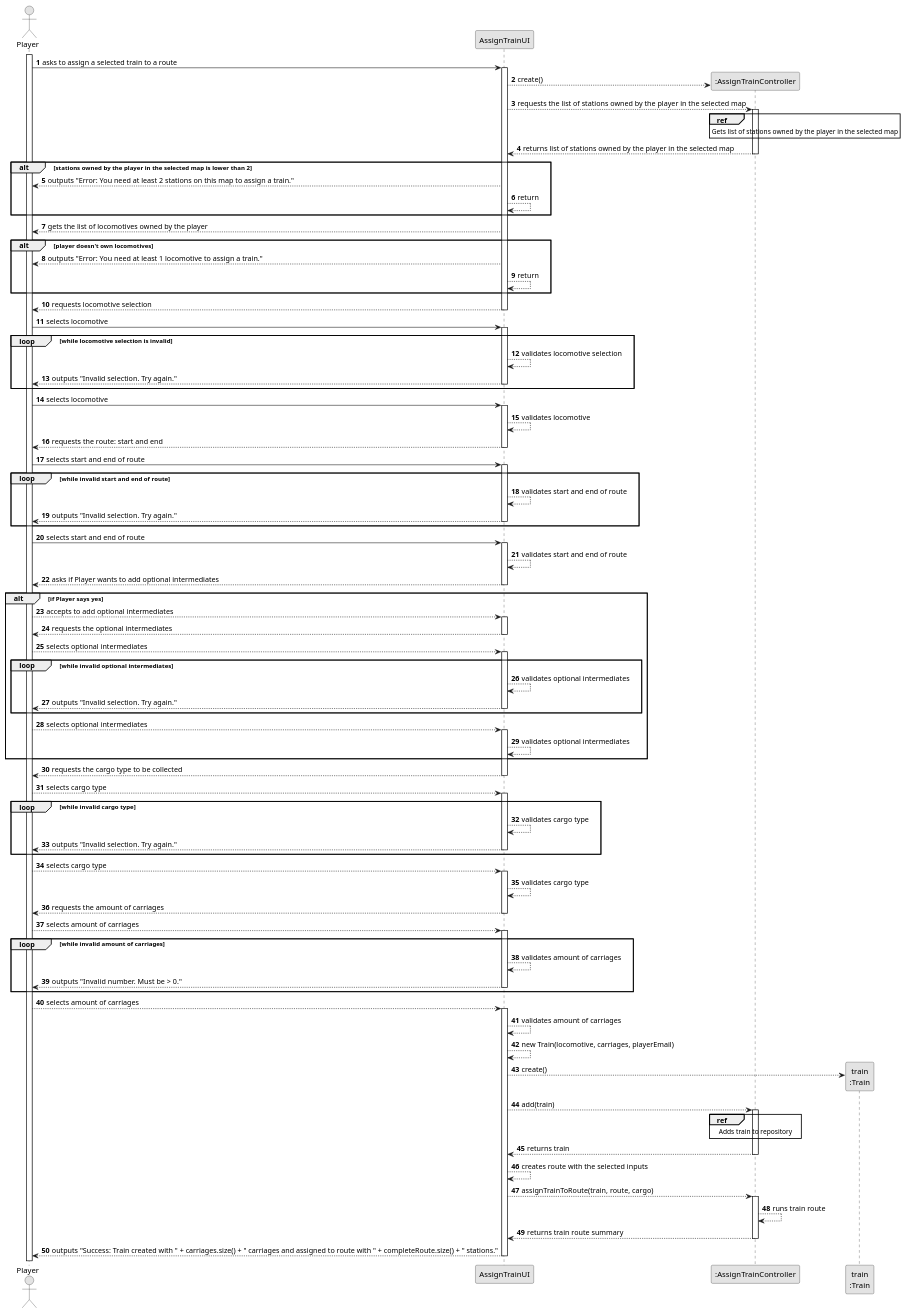
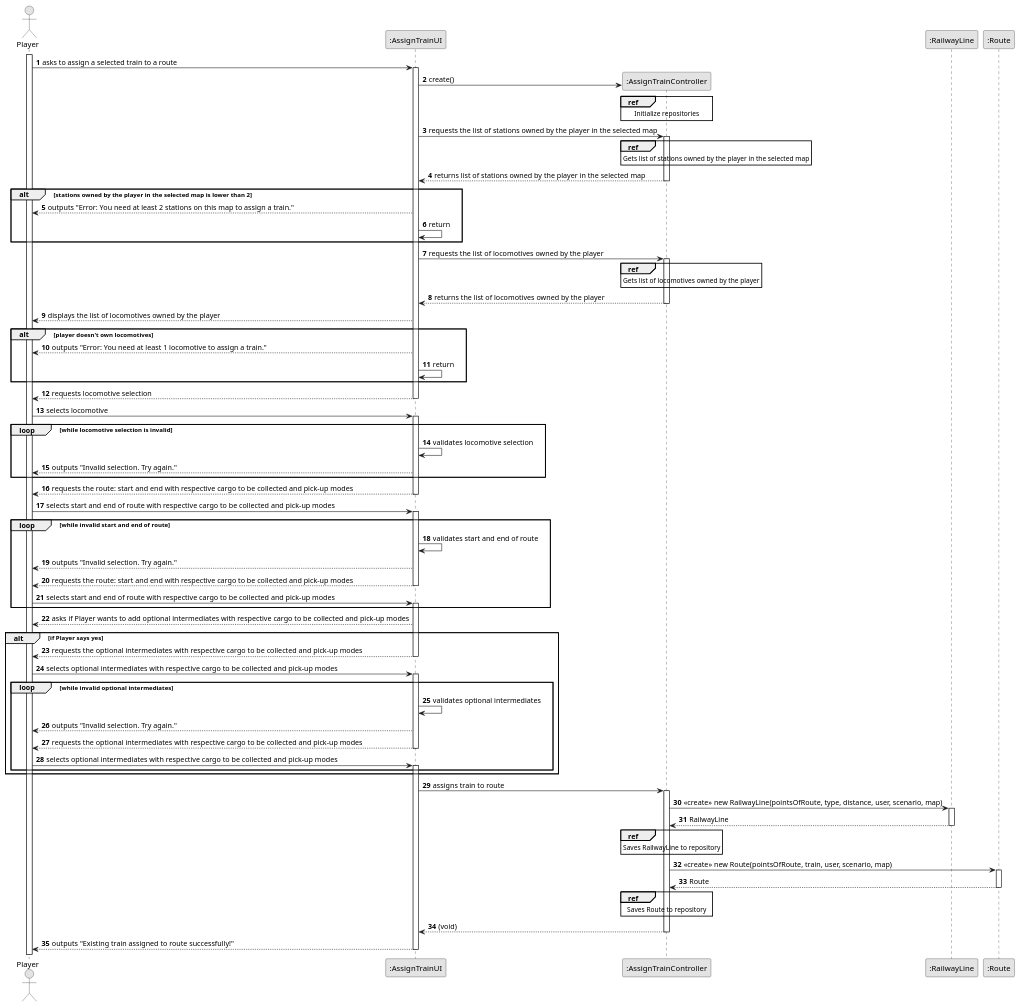
One commit to goncalolopesp/sem2-pi-24.25-g093-repo changed the diagram in docs/system-documentation/US010/03.design/puml/US010-SD-split.puml. Above: the diagram before and after it, drawn with PlantUML. The commit also changed 1 other file, not shown here.

Commit message:
US010 (docs) - Updated the split sequence diagram

```diff
--- a/docs/system-documentation/US010/03.design/puml/US010-SD-split.puml
+++ b/docs/system-documentation/US010/03.design/puml/US010-SD-split.puml
@@ -1,155 +1,137 @@
 @startuml
 skinparam monochrome true
 skinparam packageStyle rectangle
 skinparam shadowing false
 
 autonumber
 
 actor "Player" as Player
-participant "AssignTrainUI" as atui
+participant ":AssignTrainUI" as atui
 
 activate Player
 
 Player -> atui : asks to assign a selected train to a route
 activate atui
 
 create ":AssignTrainController" as atc
+participant ":RailwayLine" as rl
+participant ":Route" as route
 
-atui --> atc : create()
-atui --> atc : requests the list of stations owned by the player in the selected map
+atui -> atc : create()
+
+ref over atc
+    Initialize repositories
+end ref
+
+
+atui -> atc : requests the list of stations owned by the player in the selected map
 activate atc
 
 ref over atc
     Gets list of stations owned by the player in the selected map
 end ref
 
 atc --> atui : returns list of stations owned by the player in the selected map
 deactivate atc
 
 alt stations owned by the player in the selected map is lower than 2
     atui --> Player : outputs "Error: You need at least 2 stations on this map to assign a train."
-    atui --> atui : return
+    atui -> atui : return
 end
 
-atui --> Player : gets the list of locomotives owned by the player
+atui -> atc : requests the list of locomotives owned by the player
+activate atc
+
+ref over atc
+    Gets list of locomotives owned by the player
+end ref
+
+atc --> atui : returns the list of locomotives owned by the player
+deactivate atc
+
+atui --> Player : displays the list of locomotives owned by the player
 
 alt player doesn't own locomotives
     atui --> Player : outputs "Error: You need at least 1 locomotive to assign a train."
-    atui --> atui : return
+    atui -> atui : return
 end
 
 atui --> Player : requests locomotive selection
 deactivate atui
 
 Player -> atui : selects locomotive
 activate atui
 
 loop while locomotive selection is invalid
-    atui --> atui : validates locomotive selection
+    atui -> atui : validates locomotive selection
     atui --> Player : outputs "Invalid selection. Try again."
-    deactivate atui
 end
 
-Player -> atui : selects locomotive
-activate atui
-
-atui --> atui : validates locomotive
-atui --> Player : requests the route: start and end
+atui --> Player : requests the route: start and end with respective cargo to be collected and pick-up modes
 deactivate atui
 
-Player -> atui : selects start and end of route
+Player -> atui : selects start and end of route with respective cargo to be collected and pick-up modes
 activate atui
 
 loop while invalid start and end of route
-    atui --> atui : validates start and end of route
+    atui -> atui : validates start and end of route
     atui --> Player : outputs "Invalid selection. Try again."
+    atui --> Player : requests the route: start and end with respective cargo to be collected and pick-up modes
     deactivate atui
+
+    Player -> atui : selects start and end of route with respective cargo to be collected and pick-up modes
+    activate atui
 end
 
-Player -> atui : selects start and end of route
-activate atui
-
-atui --> atui : validates start and end of route
-atui --> Player : asks if Player wants to add optional intermediates
-deactivate atui
+atui --> Player : asks if Player wants to add optional intermediates with respective cargo to be collected and pick-up modes
 
 alt if Player says yes
-    Player --> atui : accepts to add optional intermediates
-    activate atui
 
-    atui --> Player : requests the optional intermediates
+    atui --> Player : requests the optional intermediates with respective cargo to be collected and pick-up modes
     deactivate atui
 
-    Player --> atui : selects optional intermediates
+    Player -> atui : selects optional intermediates with respective cargo to be collected and pick-up modes
     activate atui
 
     loop while invalid optional intermediates
-        atui --> atui : validates optional intermediates
+        atui -> atui : validates optional intermediates
         atui --> Player : outputs "Invalid selection. Try again."
+        atui --> Player : requests the optional intermediates with respective cargo to be collected and pick-up modes
         deactivate atui
+
+        Player -> atui : selects optional intermediates with respective cargo to be collected and pick-up modes
+        activate atui
     end
-
-    Player --> atui : selects optional intermediates
-    activate atui
-
-    atui --> atui : validates optional intermediates
 end
 
-atui --> Player : requests the cargo type to be collected
-deactivate atui
-
-Player --> atui : selects cargo type
-activate atui
-
-loop while invalid cargo type
-    atui --> atui : validates cargo type
-    atui --> Player : outputs "Invalid selection. Try again."
-    deactivate atui
-end
-
-Player --> atui : selects cargo type
-activate atui
-
-atui --> atui : validates cargo type
-atui --> Player : requests the amount of carriages
-deactivate atui
-
-Player --> atui : selects amount of carriages
-activate atui
-
-loop while invalid amount of carriages
-    atui --> atui : validates amount of carriages
-    atui --> Player : outputs "Invalid number. Must be > 0."
-    deactivate atui
-end
-
-Player --> atui : selects amount of carriages
-activate atui
-
-atui --> atui : validates amount of carriages
-atui --> atui : new Train(locomotive, carriages, playerEmail)
-
-create "train\n:Train" as train
-
-atui --> train : create()
-atui --> atc : add(train)
+atui -> atc : assigns train to route
 activate atc
 
+create ":RailwayLine" as rl
+atc -> rl : <<create>> new RailwayLine(pointsOfRoute, type, distance, user, scenario, map)
+activate rl
+
+rl --> atc : RailwayLine
+deactivate rl
+
 ref over atc
-    Adds train to repository
+    Saves RailwayLine to repository
 end ref
 
-atc --> atui : returns train
+create ":Route" as route
+atc -> route : <<create>> new Route(pointsOfRoute, train, user, scenario, map)
+activate route
+
+route --> atc : Route
+deactivate route
+
+ref over atc
+    Saves Route to repository
+end ref
+
+atc --> atui : (void)
 deactivate atc
 
-atui --> atui : creates route with the selected inputs
-atui --> atc : assignTrainToRoute(train, route, cargo)
-activate atc
-
-atc --> atc : runs train route
-atc --> atui : returns train route summary
-deactivate atc
-
-atui --> Player : outputs "Success: Train created with " + carriages.size() + " carriages and assigned to route with " + completeRoute.size() + " stations."
+atui --> Player : outputs "Existing train assigned to route successfully!"
 deactivate atui
 @enduml
```
